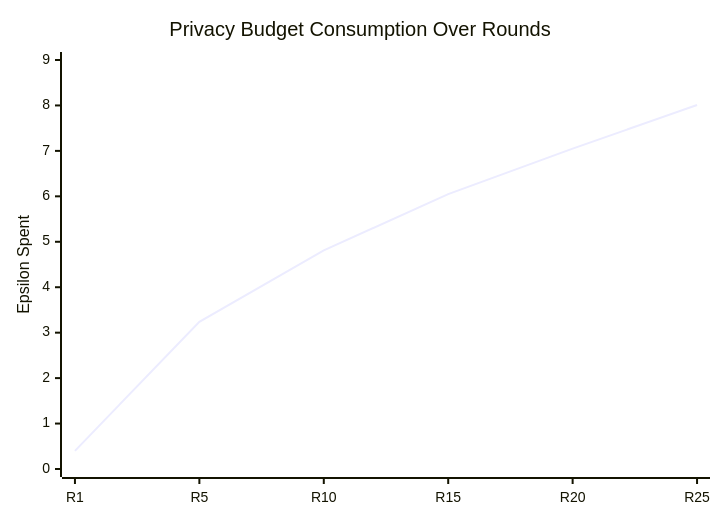
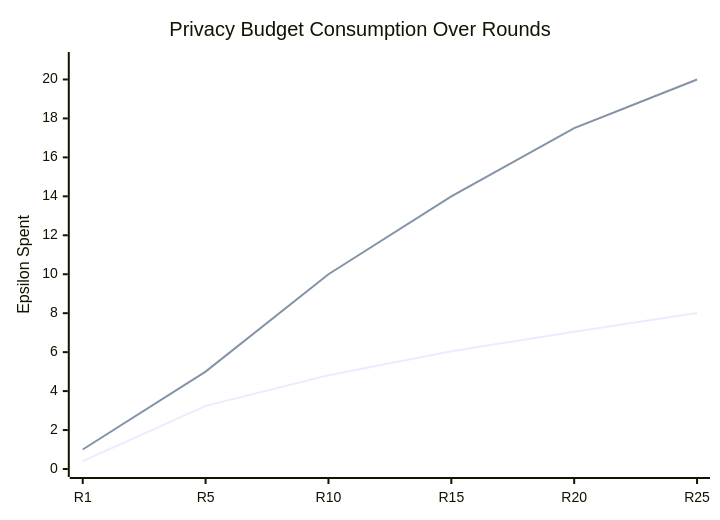
Before and after one commit to ursuswh-metamorphic/SDA_SecureDataAlliance: the tenth of 11 diagrams in docs/DP_Evaluation_Report.md, drawn with Mermaid. The commit also changed other lines of this file and 2 other files, not shown here.

````diff
--- a/docs/DP_Evaluation_Report.md
+++ b/docs/DP_Evaluation_Report.md
@@ -328,7 +330,8 @@
 ```mermaid
 xychart-beta
     title "Privacy Budget Consumption Over Rounds"
     x-axis ["R1", "R5", "R10", "R15", "R20", "R25"]
-    y-axis "Epsilon Spent" 0 --> 9
+    y-axis "Epsilon Spent" 0 --> 21
     line [0.40, 3.24, 4.81, 6.05, 7.05, 8.01]
+    line [1.00, 5.00, 10.00, 14.00, 17.50, 20.00]
 ```
````
